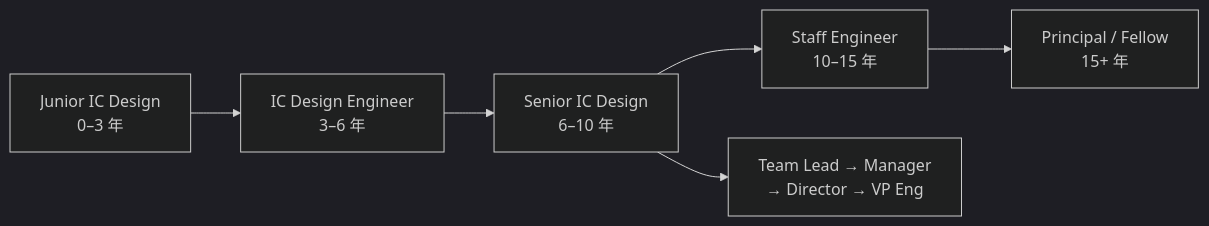
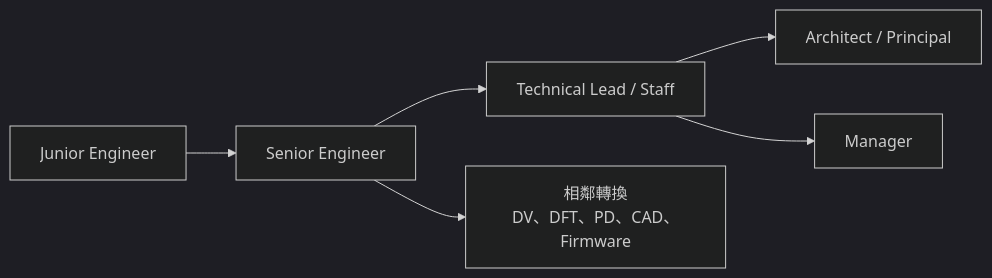
Before and after one commit to wizardhsiehcom/book: the second of 2 diagrams in docs/semi-jobs/01-ic-design.md, drawn with Mermaid (dark theme). The commit also changed other lines of this file and 5 other files, not shown here.

````diff
--- a/docs/semi-jobs/01-ic-design.md
+++ b/docs/semi-jobs/01-ic-design.md
@@ -49,8 +63,8 @@
 ```mermaid
 flowchart LR
-    J["Junior IC Design<br/>0–3 年"] --> S["IC Design Engineer<br/>3–6 年"]
-    S --> SR["Senior IC Design<br/>6–10 年"]
-    SR --> ST["Staff Engineer<br/>10–15 年"]
-    ST --> PR["Principal / Fellow<br/>15+ 年"]
-    SR --> MGR["Team Lead → Manager<br/>→ Director → VP Eng"]
+    J["Junior Engineer"] --> S["Senior Engineer"]
+    S --> L["Technical Lead / Staff"]
+    L --> A["Architect / Principal"]
+    L --> M["Manager"]
+    S --> X["相鄰轉換<br/>DV、DFT、PD、CAD、Firmware"]
 ```
````
